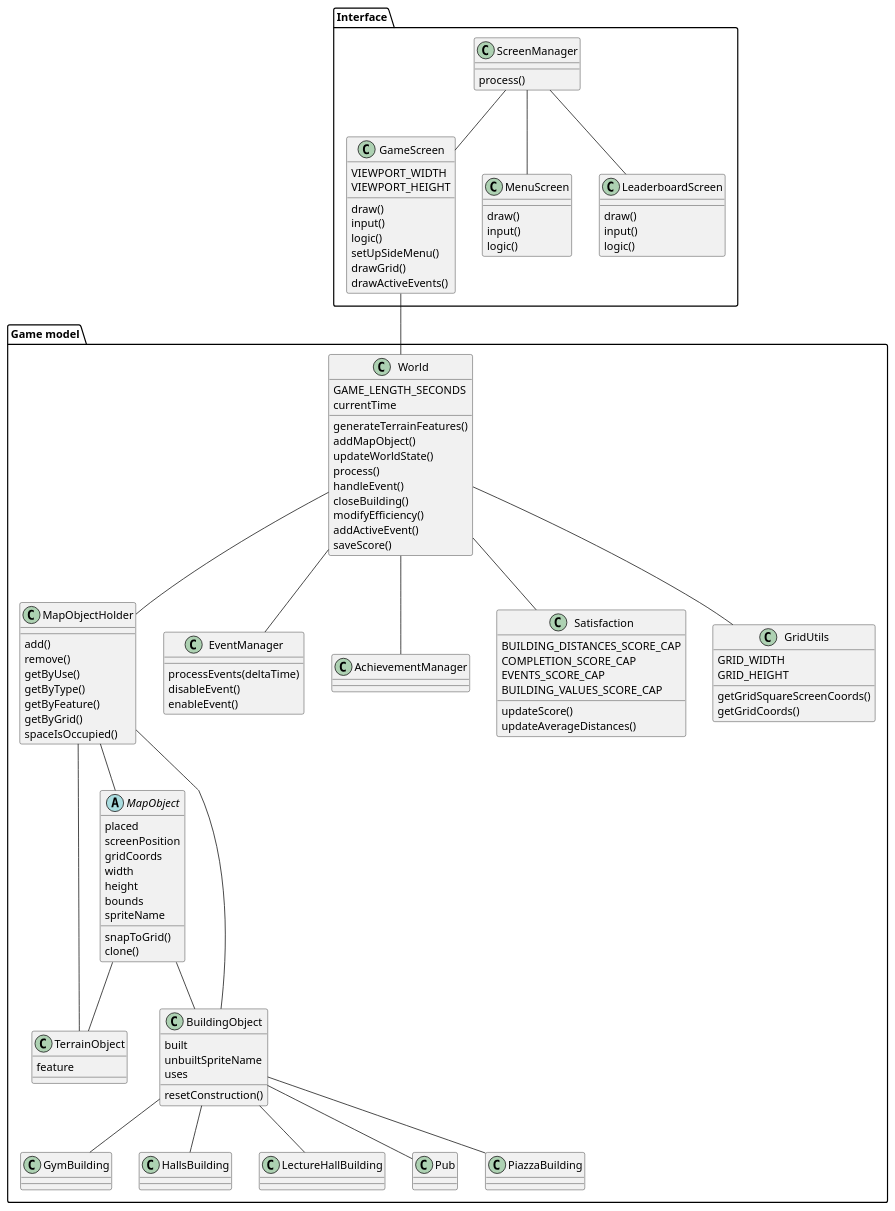
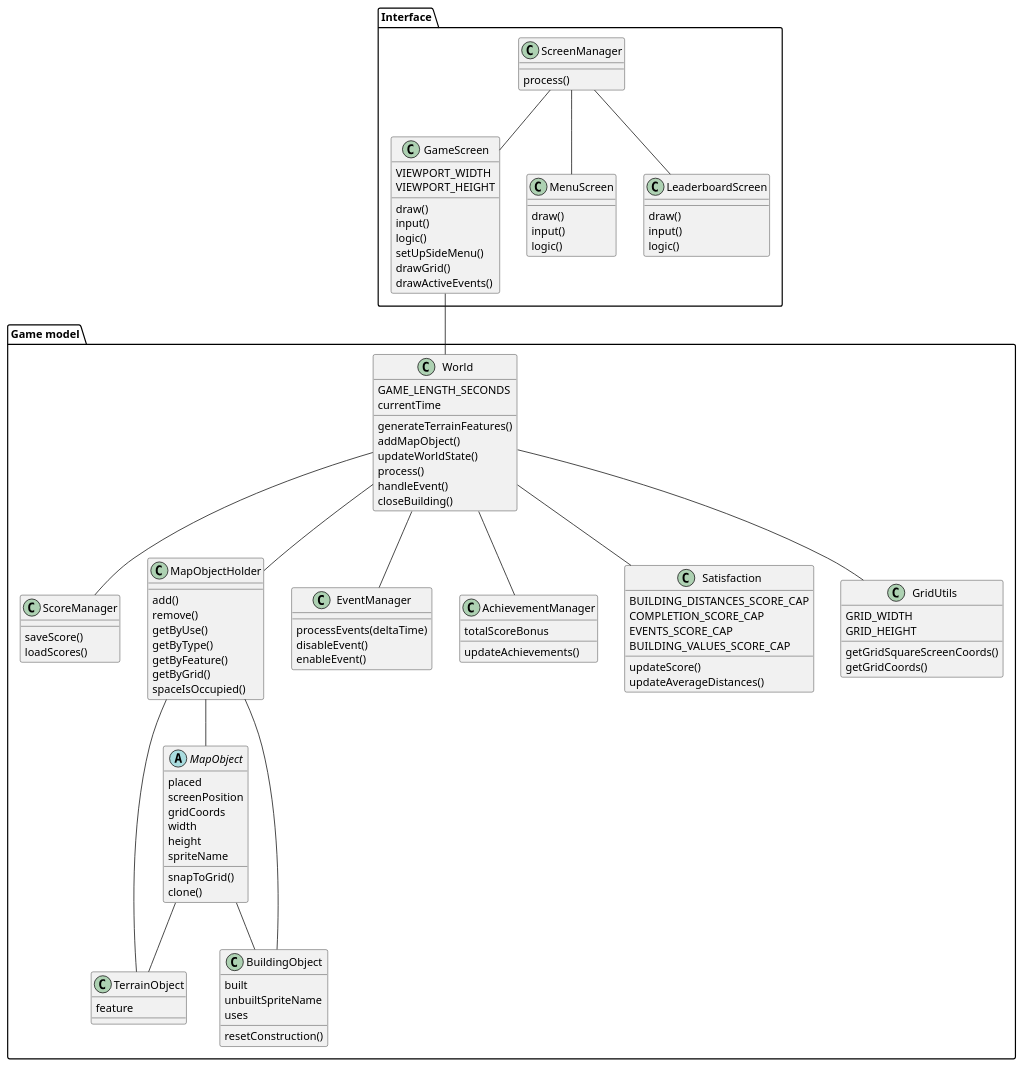
One commit to ENG1-Cohort2-Group9/Assessment-2 changed the diagram in game/docs/Architecture.puml. Above: the diagram before and after it, drawn with PlantUML.

```diff
--- a/game/docs/Architecture.puml
+++ b/game/docs/Architecture.puml
@@ -1,129 +1,120 @@
 @startuml
 allowmixing
 
 Package "Game model" {
     class World {
         GAME_LENGTH_SECONDS
         currentTime
         generateTerrainFeatures()
         addMapObject()
         updateWorldState()
         process()
         handleEvent()
         closeBuilding()
-        modifyEfficiency()
-        addActiveEvent()
+    }
+    class ScoreManager {
         saveScore()
+        loadScores()
     }
     class MapObjectHolder {
         add()
         remove()
         getByUse()
         getByType()
         getByFeature()
         getByGrid()
         spaceIsOccupied()
     }
     abstract class MapObject {
         placed
         screenPosition
         gridCoords
         width
         height
-        bounds
         spriteName
         snapToGrid()
         clone()
     }
     class TerrainObject {
         feature
     }
     class BuildingObject {
         built
         unbuiltSpriteName
         uses
         resetConstruction()
     }
-    class GymBuilding
-    class HallsBuilding
-    class LectureHallBuilding
-    class Pub
-    class PiazzaBuilding
     class EventManager {
         processEvents(deltaTime)
         disableEvent()
         enableEvent()
     }
 
     class AchievementManager {
-
+        totalScoreBonus
+        updateAchievements()
     }
 
     class Satisfaction {
         BUILDING_DISTANCES_SCORE_CAP
         COMPLETION_SCORE_CAP
         EVENTS_SCORE_CAP
         BUILDING_VALUES_SCORE_CAP
         updateScore()
         updateAverageDistances()
     }
     class GridUtils {
         GRID_WIDTH
         GRID_HEIGHT
         getGridSquareScreenCoords()
         getGridCoords()
     }
 }
 
 Package "Interface" {
     class ScreenManager {
         process()
     }
     class GameScreen {
         VIEWPORT_WIDTH
         VIEWPORT_HEIGHT
         draw()
         input()
         logic()
         setUpSideMenu()
         drawGrid()
         drawActiveEvents()
     }
     class MenuScreen {
         draw()
         input()
         logic()
     }
     class LeaderboardScreen {
         draw()
         input()
         logic()
     }
 }
 
 ScreenManager -- GameScreen
 ScreenManager -- MenuScreen
 ScreenManager -- LeaderboardScreen
 
 GameScreen -- World
 
 World -- GridUtils
 World -- EventManager
 World -- AchievementManager
 World -- MapObjectHolder
 World -- Satisfaction
+World -- ScoreManager
 
 MapObjectHolder -- MapObject
 MapObjectHolder -- BuildingObject
 MapObjectHolder -- TerrainObject
 
 MapObject -- BuildingObject
 MapObject -- TerrainObject
 
-BuildingObject -- GymBuilding
-BuildingObject -- HallsBuilding
-BuildingObject -- LectureHallBuilding
-BuildingObject -- Pub
-BuildingObject -- PiazzaBuilding
-
 @enduml
```
